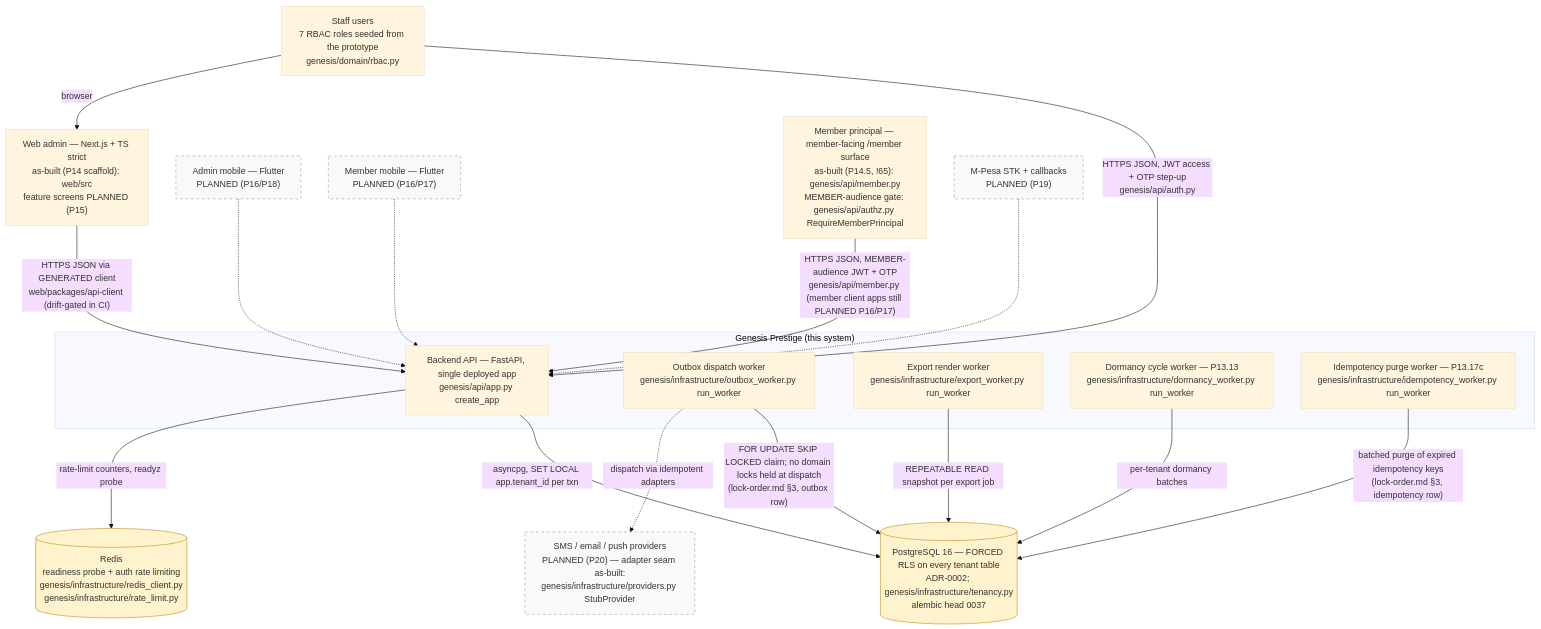
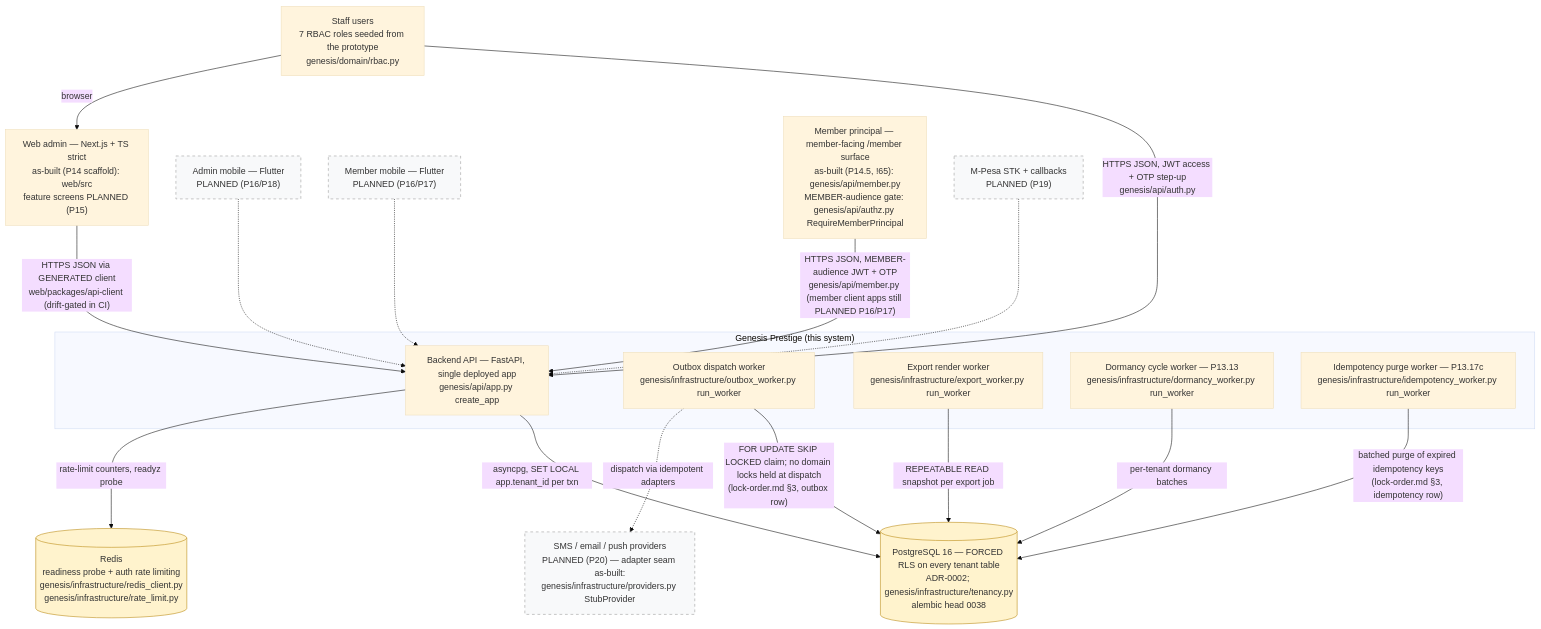
One commit to Benson-Kim/genesis-sacco changed the diagram in docs/diagrams/c4-context.md. Above: the diagram before and after it, drawn with Mermaid (base theme). The commit also changed other lines of this file and 7 other files, not shown here.

````diff
--- a/docs/diagrams/c4-context.md
+++ b/docs/diagrams/c4-context.md
@@ -40,46 +44,46 @@
 ```mermaid
 flowchart TB
     %% Authored against main @ 08541b860f1445b16c342c39b6606d86b9dbeb17
     %% L1 context — as-built boxes cite genesis modules; dashed = PLANNED (Pn).
 
     STAFF["Staff users<br/>7 RBAC roles seeded from the prototype<br/>genesis/domain/rbac.py"]
 
     subgraph SYS["Genesis Prestige (this system)"]
         API["Backend API — FastAPI, single deployed app<br/>genesis/api/app.py create_app"]
         OBW["Outbox dispatch worker<br/>genesis/infrastructure/outbox_worker.py run_worker"]
         EXW["Export render worker<br/>genesis/infrastructure/export_worker.py run_worker"]
         DMW["Dormancy cycle worker — P13.13<br/>genesis/infrastructure/dormancy_worker.py run_worker"]
         IDW["Idempotency purge worker — P13.17c<br/>genesis/infrastructure/idempotency_worker.py run_worker"]
     end
 
-    PG[("PostgreSQL 16 — FORCED RLS on every tenant table<br/>ADR-0002; genesis/infrastructure/tenancy.py<br/>alembic head 0037")]
+    PG[("PostgreSQL 16 — FORCED RLS on every tenant table<br/>ADR-0002; genesis/infrastructure/tenancy.py<br/>alembic head 0038")]
     RD[("Redis<br/>readiness probe + auth rate limiting<br/>genesis/infrastructure/redis_client.py<br/>genesis/infrastructure/rate_limit.py")]
 
     WEB["Web admin — Next.js + TS strict<br/>as-built (P14 scaffold): web/src<br/>feature screens PLANNED (P15)"]
     ADM["Admin mobile — Flutter<br/>PLANNED (P16/P18)"]
     MEM["Member mobile — Flutter<br/>PLANNED (P16/P17)"]
     MPR["Member principal — member-facing /member surface<br/>as-built (P14.5, !65): genesis/api/member.py<br/>MEMBER-audience gate: genesis/api/authz.py RequireMemberPrincipal"]
     MPESA["M-Pesa STK + callbacks<br/>PLANNED (P19)"]
     PROV["SMS / email / push providers<br/>PLANNED (P20) — adapter seam as-built:<br/>genesis/infrastructure/providers.py StubProvider"]
 
     STAFF -->|"HTTPS JSON, JWT access + OTP step-up<br/>genesis/api/auth.py"| API
     API -->|"asyncpg, SET LOCAL app.tenant_id per txn"| PG
     API -->|"rate-limit counters, readyz probe"| RD
     OBW -->|"FOR UPDATE SKIP LOCKED claim; no domain locks held at dispatch<br/>(lock-order.md §3, outbox row)"| PG
     EXW -->|"REPEATABLE READ snapshot per export job"| PG
     DMW -->|"per-tenant dormancy batches"| PG
     IDW -->|"batched purge of expired idempotency keys<br/>(lock-order.md §3, idempotency row)"| PG
     OBW -.->|"dispatch via idempotent adapters"| PROV
 
     STAFF -->|"browser"| WEB
     WEB -->|"HTTPS JSON via GENERATED client<br/>web/packages/api-client (drift-gated in CI)"| API
     ADM -.-> API
     MEM -.-> API
     MPR -->|"HTTPS JSON, MEMBER-audience JWT + OTP<br/>genesis/api/member.py (member client apps still PLANNED P16/P17)"| API
     MPESA -.-> API
 
     classDef planned fill:#f8f9fa,stroke:#999,stroke-dasharray: 5 5;
     class ADM,MEM,MPESA,PROV planned;
     classDef store fill:#fff3cd,stroke:#b8860b;
     class PG,RD store;
 ```
````
